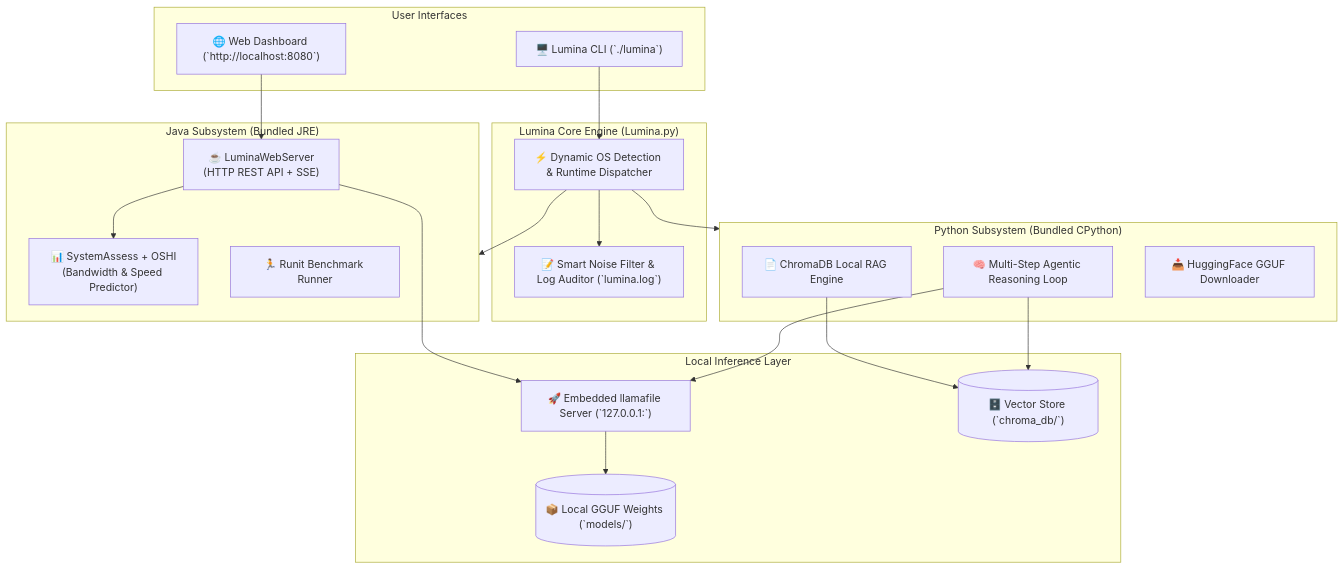
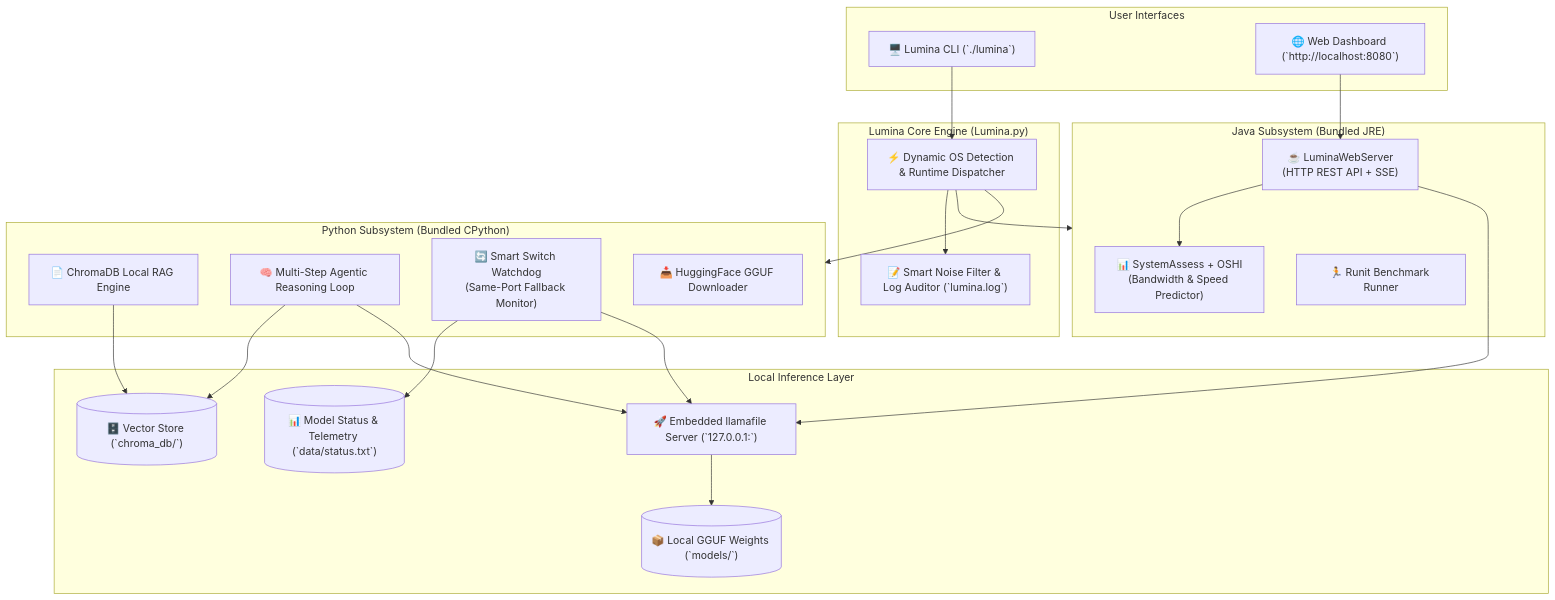
One commit to Uwais-ML/Lumina changed the diagram in README.md. Above: the diagram before and after it, drawn with Mermaid. The commit also changed other lines of this file and 3 other files, not shown here.

Commit message:
docs & feat: add Smart Switch circuit breaker, same-port fallback, and update README

````diff
--- a/README.md
+++ b/README.md
@@ -97,43 +107,47 @@
 ```mermaid
 flowchart TB
     subgraph UI ["User Interfaces"]
         CLI["🖥️ Lumina CLI (`./lumina`)"]
         WEB["🌐 Web Dashboard (`http://localhost:8080`)"]
     end
 
     subgraph Core ["Lumina Core Engine (Lumina.py)"]
         DISPATCH["⚡ Dynamic OS Detection & Runtime Dispatcher"]
         LOGGER["📝 Smart Noise Filter & Log Auditor (`lumina.log`)"]
     end
 
     subgraph JavaSubsystem ["Java Subsystem (Bundled JRE)"]
         SYS_ASSESS["📊 SystemAssess + OSHI<br/>(Bandwidth & Speed Predictor)"]
         WEB_SERVER["☕ LuminaWebServer<br/>(HTTP REST API + SSE)"]
         RUNIT["🏃 Runit Benchmark Runner"]
     end
 
     subgraph PythonSubsystem ["Python Subsystem (Bundled CPython)"]
         RAG_ENG["📄 ChromaDB Local RAG Engine"]
         AGENT_RAG["🧠 Multi-Step Agentic Reasoning Loop"]
+        SMART_SW["🔄 Smart Switch Watchdog<br/>(Same-Port Fallback Monitor)"]
         DL_MGR["📥 HuggingFace GGUF Downloader"]
     end
 
     subgraph Inference ["Local Inference Layer"]
         LLAMAFILE["🚀 Embedded llamafile Server (`127.0.0.1:<port>`)"]
         GGUF_MODELS[("📦 Local GGUF Weights (`models/`)")]
         CHROMA_DB[("🗄️ Vector Store (`chroma_db/`)")]
+        STATUS_DB[("📊 Model Status & Telemetry (`data/status.txt`)")]
     end
 
     CLI --> DISPATCH
     WEB --> WEB_SERVER
     DISPATCH --> LOGGER
     DISPATCH --> JavaSubsystem
     DISPATCH --> PythonSubsystem
     
     WEB_SERVER --> SYS_ASSESS
     WEB_SERVER --> LLAMAFILE
     RAG_ENG --> CHROMA_DB
     AGENT_RAG --> CHROMA_DB
     AGENT_RAG --> LLAMAFILE
+    SMART_SW --> STATUS_DB
+    SMART_SW --> LLAMAFILE
     LLAMAFILE --> GGUF_MODELS
 ```
````
